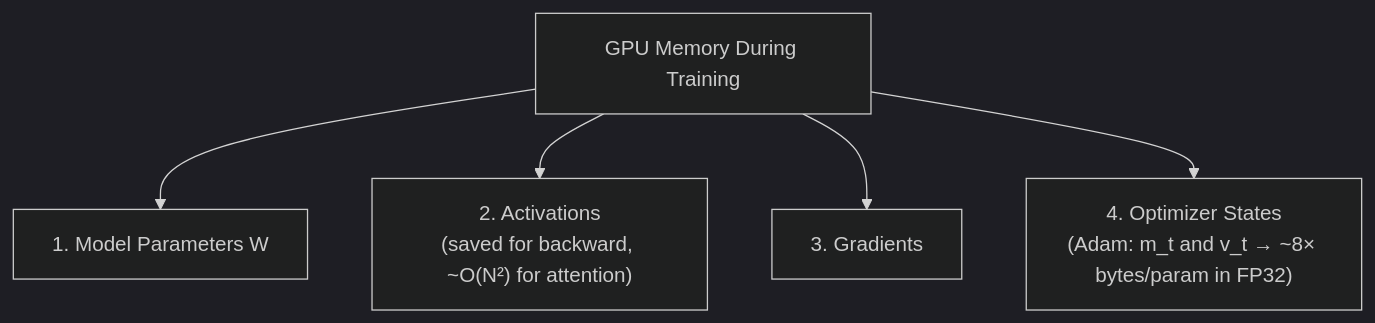
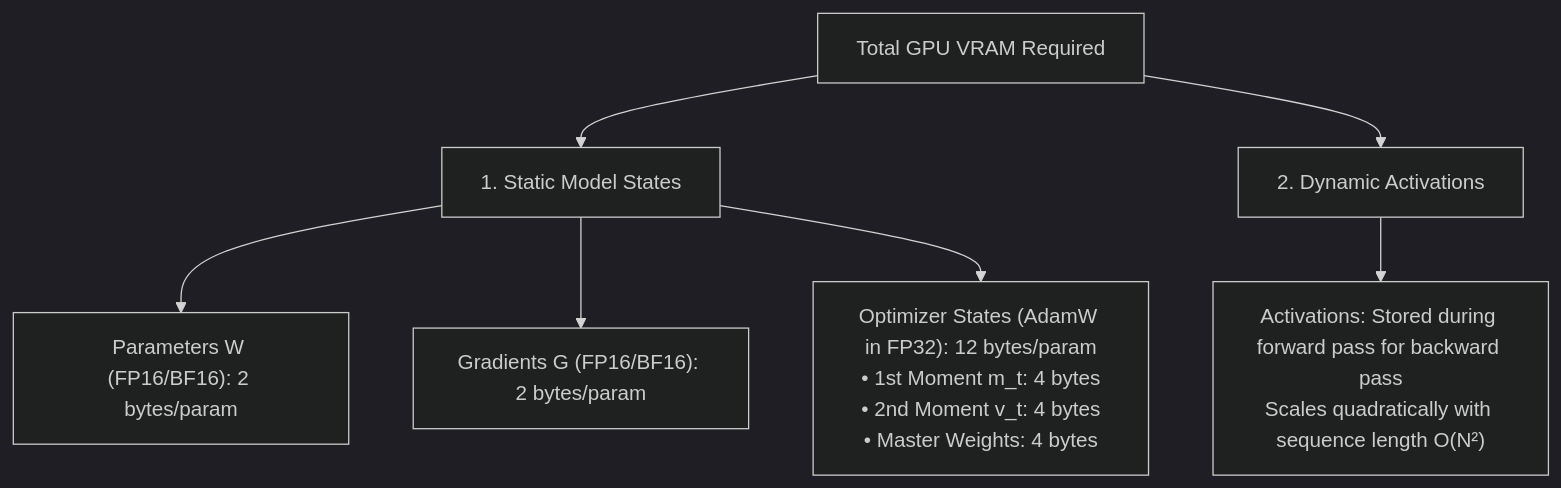
Before and after one commit to 1345AbhishekKumar/cs-cookbook: the third of 9 diagrams in content/docs/ai-agents/agentic-ai/04-llm-training-and-peft.mdx, drawn with Mermaid (dark theme). The commit also changed other lines of this file and 299 other files, not shown here.

````diff
--- a/content/docs/ai-agents/agentic-ai/04-llm-training-and-peft.mdx
+++ b/content/docs/ai-agents/agentic-ai/04-llm-training-and-peft.mdx
@@ -49,7 +89,11 @@
 ```mermaid
 flowchart TD
-    Mem["GPU Memory During Training"] --> M1["1. Model Parameters W"]
-    Mem --> M2["2. Activations<br/>(saved for backward, ~O(N²) for attention)"]
-    Mem --> M3["3. Gradients"]
-    Mem --> M4["4. Optimizer States<br/>(Adam: m_t and v_t → ~8× bytes/param in FP32)"]
+    VRAM["Total GPU VRAM Required"] --> Static["1. Static Model States"]
+    VRAM --> Dynamic["2. Dynamic Activations"]
+
+    Static --> W["Parameters W (FP16/BF16): 2 bytes/param"]
+    Static --> G["Gradients G (FP16/BF16): 2 bytes/param"]
+    Static --> Opt["Optimizer States (AdamW in FP32): 12 bytes/param<br/>• 1st Moment m_t: 4 bytes<br/>• 2nd Moment v_t: 4 bytes<br/>• Master Weights: 4 bytes"]
+
+    Dynamic --> Act["Activations: Stored during forward pass for backward pass<br/>Scales quadratically with sequence length O(N²)"]
 ```
````
